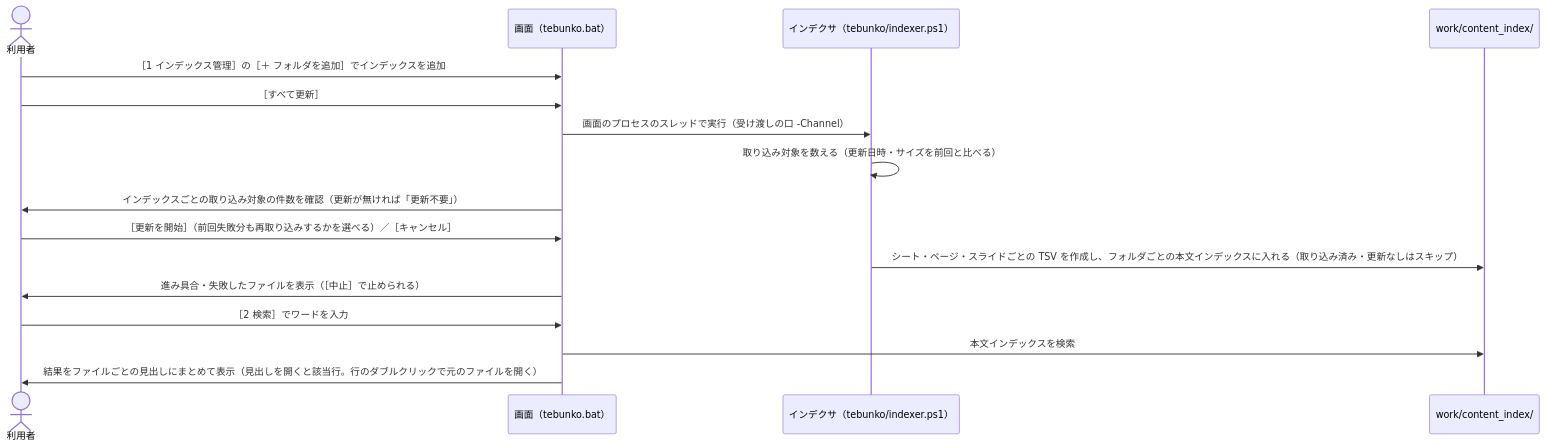
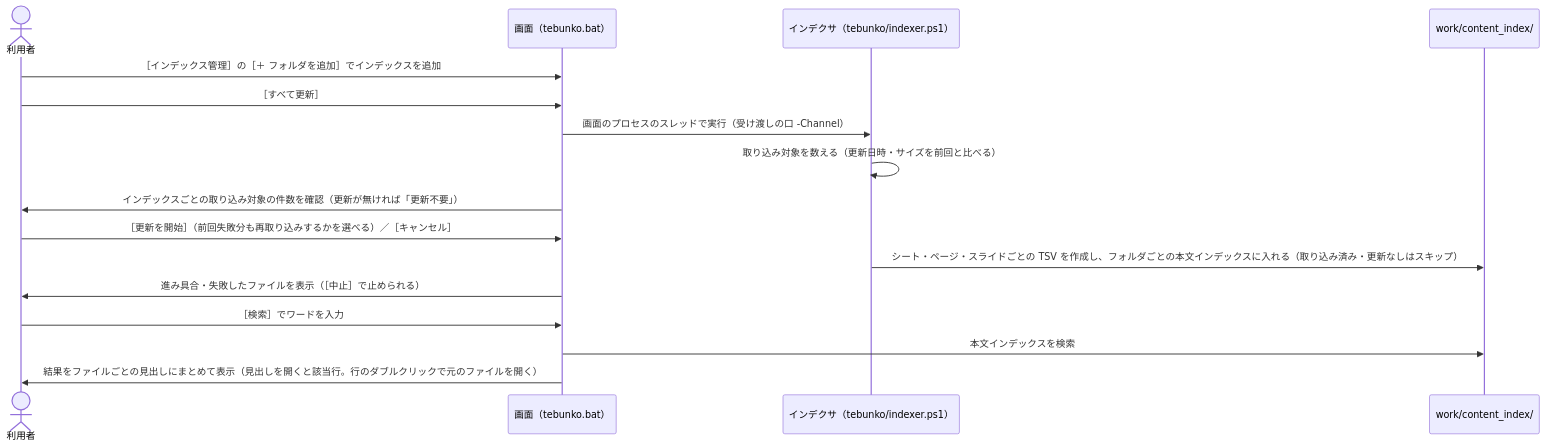
Before and after one commit to hsgwa/tebunko: the second of 2 diagrams in docs/design/start/onboarding.md, drawn with Mermaid. The commit also changed 77 other files, not shown here.

````diff
--- a/docs/design/start/onboarding.md
+++ b/docs/design/start/onboarding.md
@@ -32,19 +32,19 @@
 ```mermaid
 sequenceDiagram
     actor U as 利用者
     participant G as 画面（tebunko.bat）
     participant CV as インデクサ（tebunko/indexer.ps1）
     participant W as work/content_index/
 
-    U->>G: ［1 インデックス管理］の［＋ フォルダを追加］でインデックスを追加
+    U->>G: ［インデックス管理］の［＋ フォルダを追加］でインデックスを追加
     U->>G: ［すべて更新］
     G->>CV: 画面のプロセスのスレッドで実行（受け渡しの口 -Channel）
     CV->>CV: 取り込み対象を数える（更新日時・サイズを前回と比べる）
     G->>U: インデックスごとの取り込み対象の件数を確認（更新が無ければ「更新不要」）
     U->>G: ［更新を開始］（前回失敗分も再取り込みするかを選べる）／［キャンセル］
     CV->>W: シート・ページ・スライドごとの TSV を作成し、フォルダごとの本文インデックスに入れる（取り込み済み・更新なしはスキップ）
     G->>U: 進み具合・失敗したファイルを表示（［中止］で止められる）
-    U->>G: ［2 検索］でワードを入力
+    U->>G: ［検索］でワードを入力
     G->>W: 本文インデックスを検索
     G->>U: 結果をファイルごとの見出しにまとめて表示（見出しを開くと該当行。行のダブルクリックで元のファイルを開く）
 ```
````
